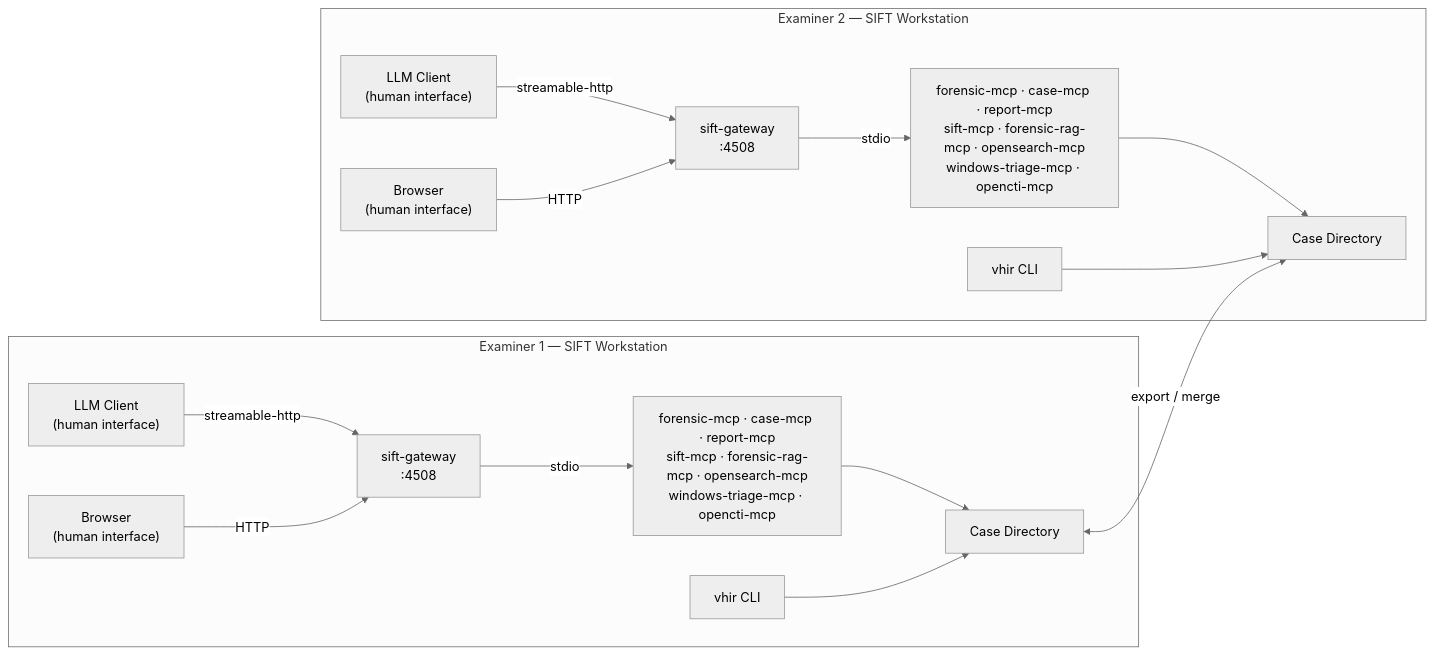
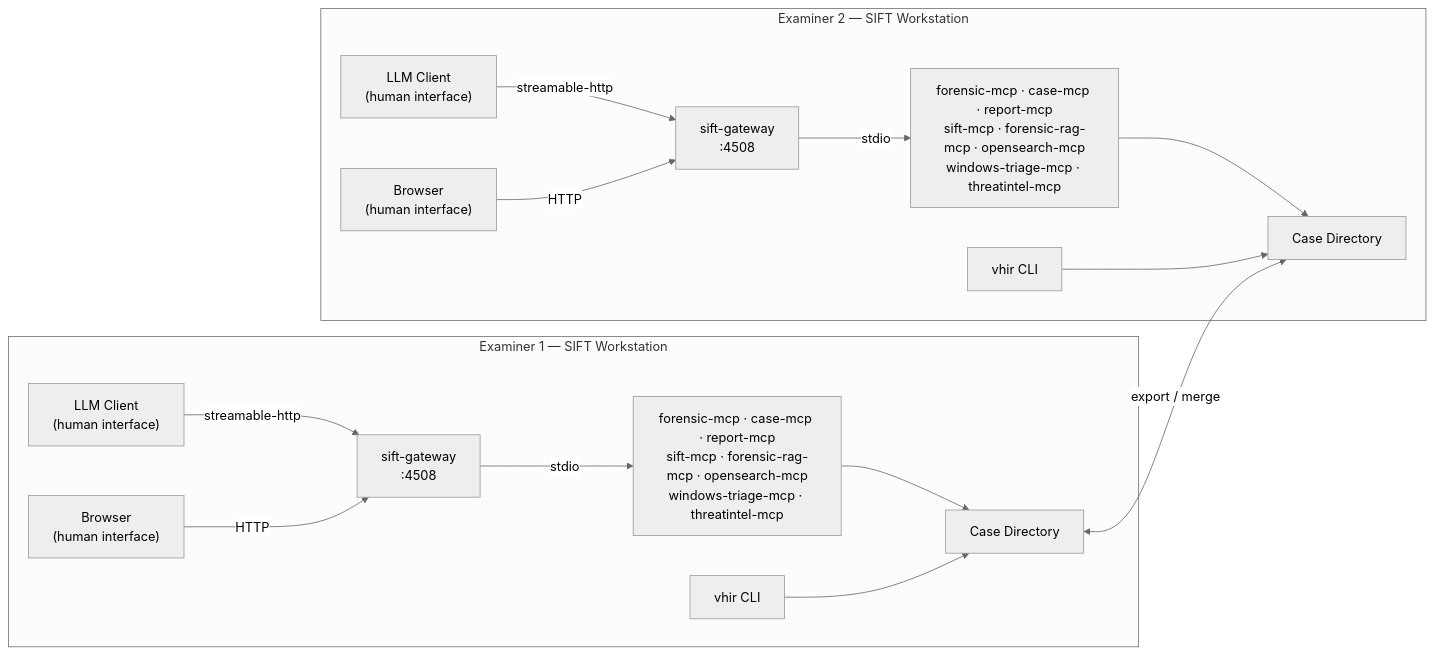
Before and after one commit to AppliedIR/Valhuntir: the fourth of 6 diagrams in README.md, drawn with Mermaid (neutral theme). The commit also changed other lines of this file and 13 other files, not shown here.

Commit message:
allow and recognize the threat-intel backend as threatintel-mcp beside opencti-mcp, and name it in the docs

````diff
--- a/README.md
+++ b/README.md
@@ -230,34 +230,34 @@
 ```mermaid
 graph LR
     subgraph e1 ["Examiner 1 — SIFT Workstation"]
         CC1["LLM Client<br/>(human interface)"]
         BR1["Browser<br/>(human interface)"]
         CLI1["vhir CLI"]
         GW1["sift-gateway<br/>:4508"]
-        MCPs1["forensic-mcp · case-mcp · report-mcp<br/>sift-mcp · forensic-rag-mcp · opensearch-mcp<br/>windows-triage-mcp · opencti-mcp"]
+        MCPs1["forensic-mcp · case-mcp · report-mcp<br/>sift-mcp · forensic-rag-mcp · opensearch-mcp<br/>windows-triage-mcp · threatintel-mcp"]
         CASE1["Case Directory"]
 
         CC1 -->|"streamable-http"| GW1
         BR1 -->|"HTTP"| GW1
         GW1 -->|stdio| MCPs1
         MCPs1 --> CASE1
         CLI1 --> CASE1
     end
 
     subgraph e2 ["Examiner 2 — SIFT Workstation"]
         CC2["LLM Client<br/>(human interface)"]
         BR2["Browser<br/>(human interface)"]
         CLI2["vhir CLI"]
         GW2["sift-gateway<br/>:4508"]
-        MCPs2["forensic-mcp · case-mcp · report-mcp<br/>sift-mcp · forensic-rag-mcp · opensearch-mcp<br/>windows-triage-mcp · opencti-mcp"]
+        MCPs2["forensic-mcp · case-mcp · report-mcp<br/>sift-mcp · forensic-rag-mcp · opensearch-mcp<br/>windows-triage-mcp · threatintel-mcp"]
         CASE2["Case Directory"]
 
         CC2 -->|"streamable-http"| GW2
         BR2 -->|"HTTP"| GW2
         GW2 -->|stdio| MCPs2
         MCPs2 --> CASE2
         CLI2 --> CASE2
     end
 
     CASE1 <-->|"export / merge"| CASE2
 ```
````
